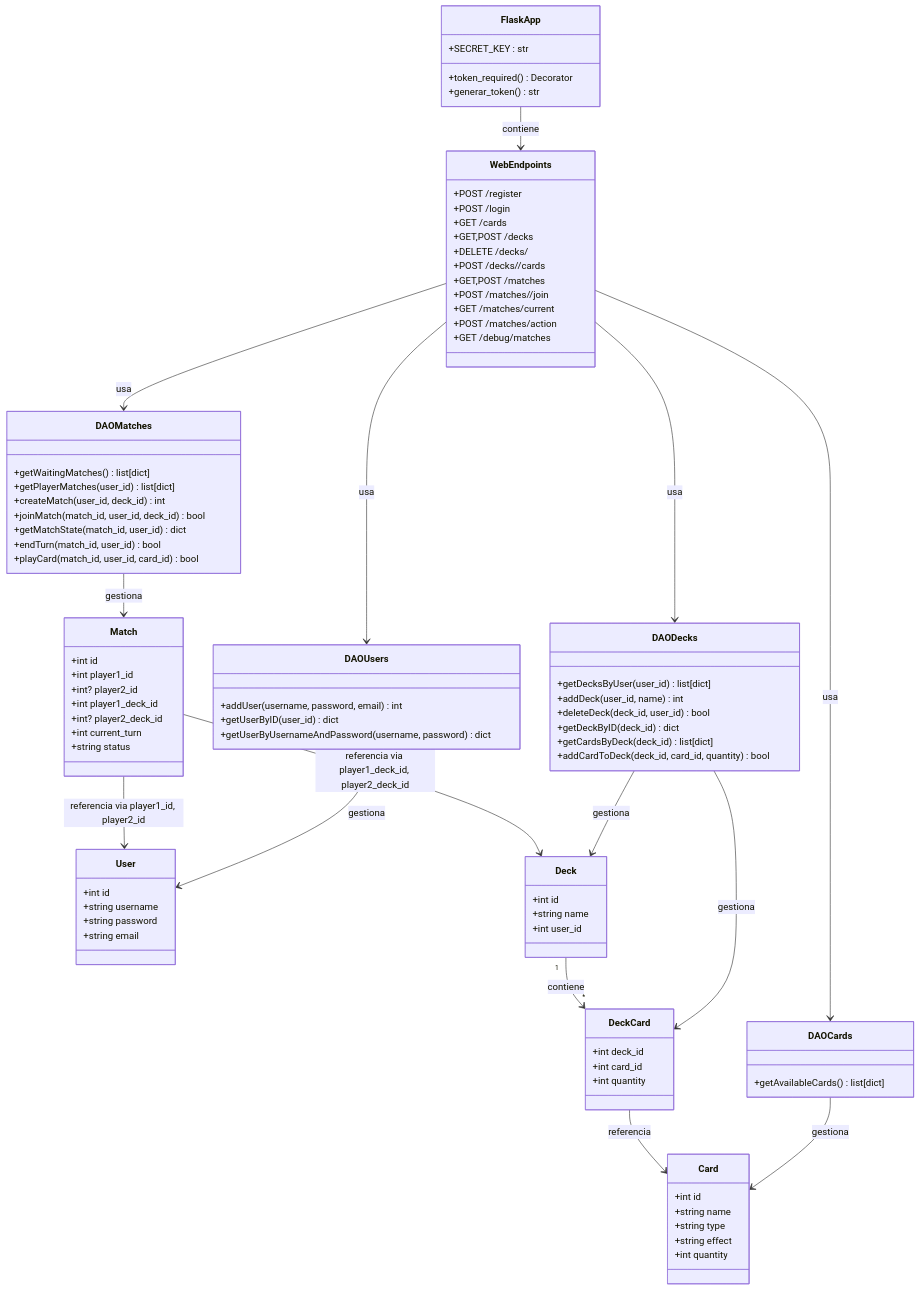
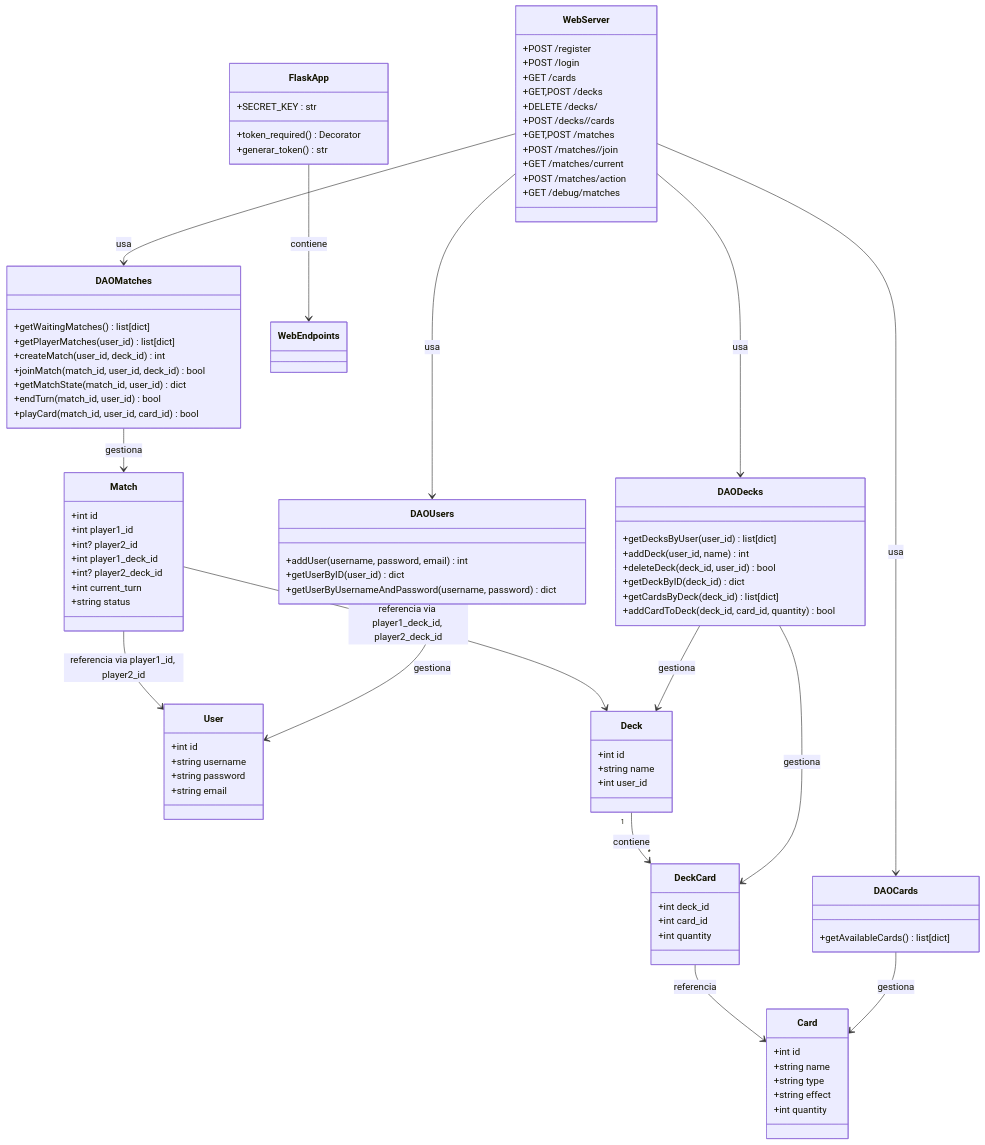
The diagram in Diagramas/DiagramaBackend.mermaid (Dariella06/Rifters), drawn with Mermaid before and after one commit.

Commit message:
Nombre mal puesto

```diff
--- a/Diagramas/DiagramaBackend.mermaid
+++ b/Diagramas/DiagramaBackend.mermaid
@@ -1,103 +1,103 @@
 classDiagram
     class FlaskApp {
         +SECRET_KEY : str
         +token_required() Decorator
         +generar_token() str
     }
 
-    class WebEndpoints {
+    class WebServer {
         +POST /register
         +POST /login
         +GET /cards
         +GET,POST /decks
         +DELETE /decks/<int:deck_id>
         +POST /decks/<int:deck_id>/cards
         +GET,POST /matches
         +POST /matches/<int:match_id>/join
         +GET /matches/current
         +POST /matches/action
         +GET /debug/matches
     }
 
     class DAOUsers {
         +addUser(username, password, email) int
         +getUserByID(user_id) dict
         +getUserByUsernameAndPassword(username, password) dict
     }
 
     class DAOCards {
         +getAvailableCards() list[dict]
     }
 
     class DAODecks {
         +getDecksByUser(user_id) list[dict]
         +addDeck(user_id, name) int
         +deleteDeck(deck_id, user_id) bool
         +getDeckByID(deck_id) dict
         +getCardsByDeck(deck_id) list[dict]
         +addCardToDeck(deck_id, card_id, quantity) bool
     }
 
     class DAOMatches {
         +getWaitingMatches() list[dict]
         +getPlayerMatches(user_id) list[dict]
         +createMatch(user_id, deck_id) int
         +joinMatch(match_id, user_id, deck_id) bool
         +getMatchState(match_id, user_id) dict
         +endTurn(match_id, user_id) bool
         +playCard(match_id, user_id, card_id) bool
     }
 
     class User {
         +int id
         +string username
         +string password
         +string email
     }
 
     class Card {
         +int id
         +string name
         +string type
         +string effect
         +int quantity
     }
 
     class Deck {
         +int id
         +string name
         +int user_id
     }
 
     class Match {
         +int id
         +int player1_id
         +int? player2_id
         +int player1_deck_id
         +int? player2_deck_id
         +int current_turn
         +string status
     }
 
     class DeckCard {
         +int deck_id
         +int card_id
         +int quantity
     }
 
     FlaskApp --> WebEndpoints : contiene
-    WebEndpoints --> DAOUsers : usa
-    WebEndpoints --> DAOCards : usa
-    WebEndpoints --> DAODecks : usa
-    WebEndpoints --> DAOMatches : usa
+    WebServer --> DAOUsers : usa
+    WebServer --> DAOCards : usa
+    WebServer --> DAODecks : usa
+    WebServer --> DAOMatches : usa
 
     DAOUsers --> User : gestiona
     DAOCards --> Card : gestiona
     DAODecks --> Deck : gestiona
     DAODecks --> DeckCard : gestiona
     DAOMatches --> Match : gestiona
 
     Deck "1" --> "*" DeckCard : contiene
     DeckCard --> Card : referencia
     Match --> Deck : referencia via player1_deck_id, player2_deck_id
     Match --> User : referencia via player1_id, player2_id
```
